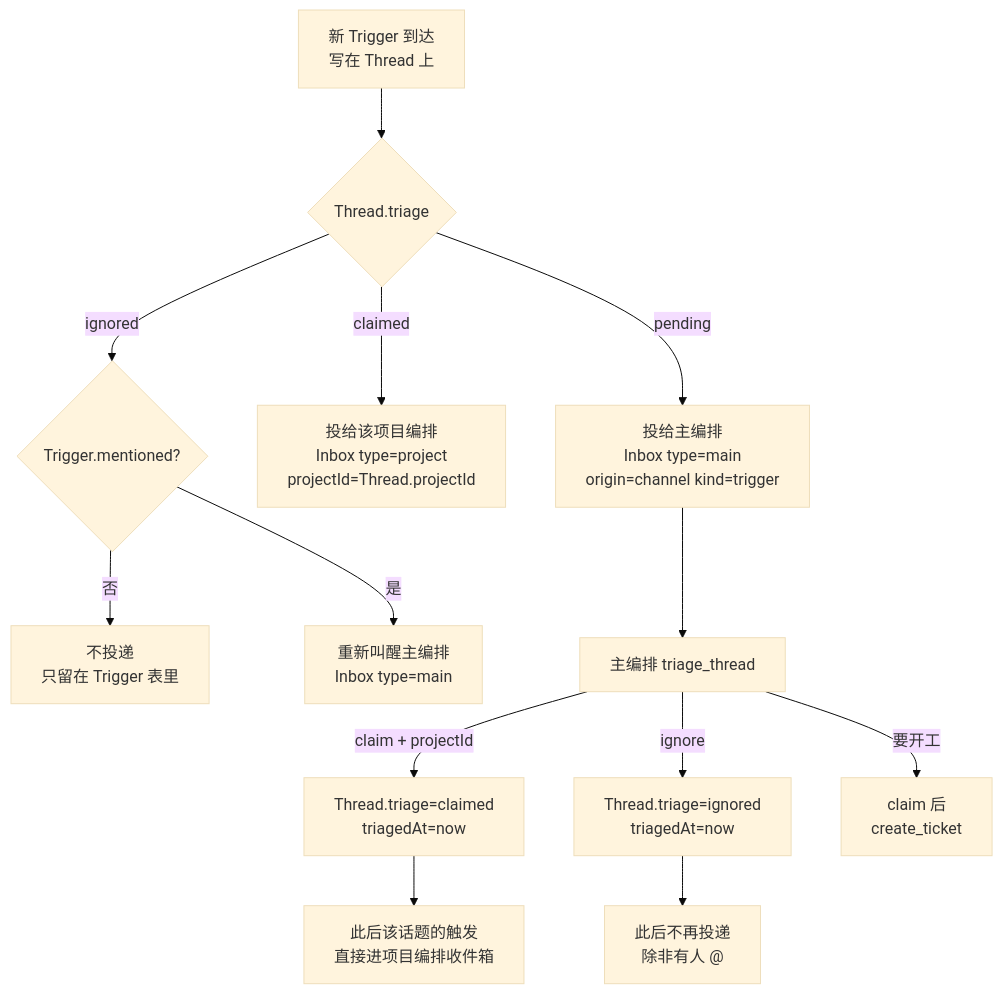
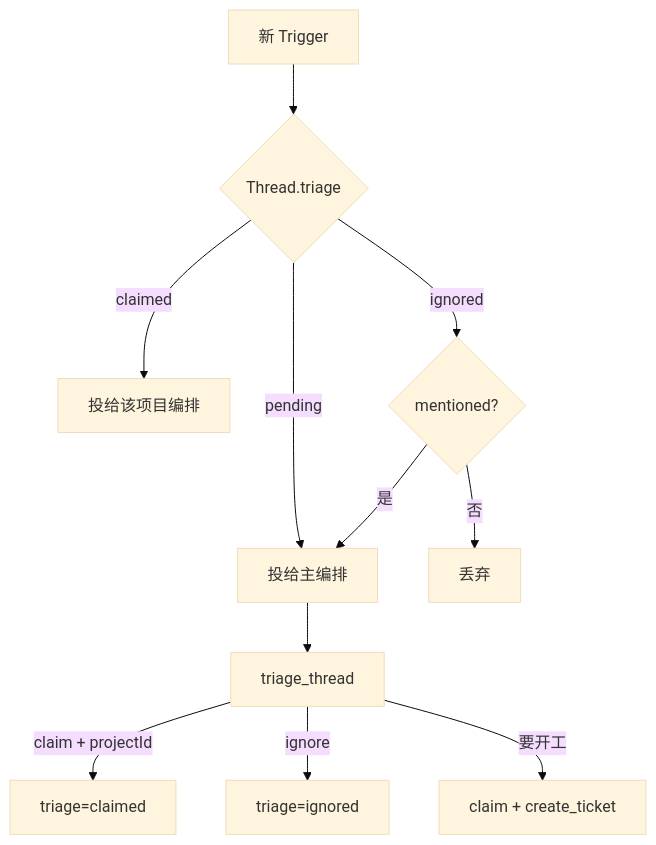
The second of 21 diagrams in docs/flow.md (hairyf/dsh-nexus), drawn with Mermaid (base theme) before and after one commit. The commit also changed other lines of this file and 9 other files, not shown here.

````diff
--- a/docs/flow.md
+++ b/docs/flow.md
@@ -70,20 +59,16 @@
 ```mermaid
 flowchart TD
-    T["新 Trigger 到达<br/>写在 Thread 上"] --> Q{"Thread.triage"}
+    T["新 Trigger"] --> Q{"Thread.triage"}
 
-    Q -->|pending| M["投给主编排<br/>Inbox type=main<br/>origin=channel kind=trigger"]
-    Q -->|claimed| P["投给该项目编排<br/>Inbox type=project<br/>projectId=Thread.projectId"]
-    Q -->|ignored| I{"Trigger.mentioned?"}
+    Q -->|pending| M["投给主编排"]
+    Q -->|claimed| P["投给该项目编排"]
+    Q -->|ignored| I{"mentioned?"}
 
-    I -->|否| DROP["不投递<br/>只留在 Trigger 表里"]
-    I -->|是| M2["重新叫醒主编排<br/>Inbox type=main"]
+    I -->|否| DROP["丢弃"]
+    I -->|是| M
 
-    M --> TRIAGE["主编排 triage_thread"]
-
-    TRIAGE -->|"claim + projectId"| C["Thread.triage=claimed<br/>triagedAt=now"]
-    TRIAGE -->|ignore| G["Thread.triage=ignored<br/>triagedAt=now"]
-    TRIAGE -->|"要开工"| C2["claim 后<br/>create_ticket"]
-
-    C --> NEXT["此后该话题的触发<br/>直接进项目编排收件箱"]
-    G --> DROP2["此后不再投递<br/>除非有人 @"]
+    M --> T2["triage_thread"]
+    T2 -->|"claim + projectId"| C["triage=claimed"]
+    T2 -->|ignore| G["triage=ignored"]
+    T2 -->|"要开工"| C2["claim + create_ticket"]
 ```
````
